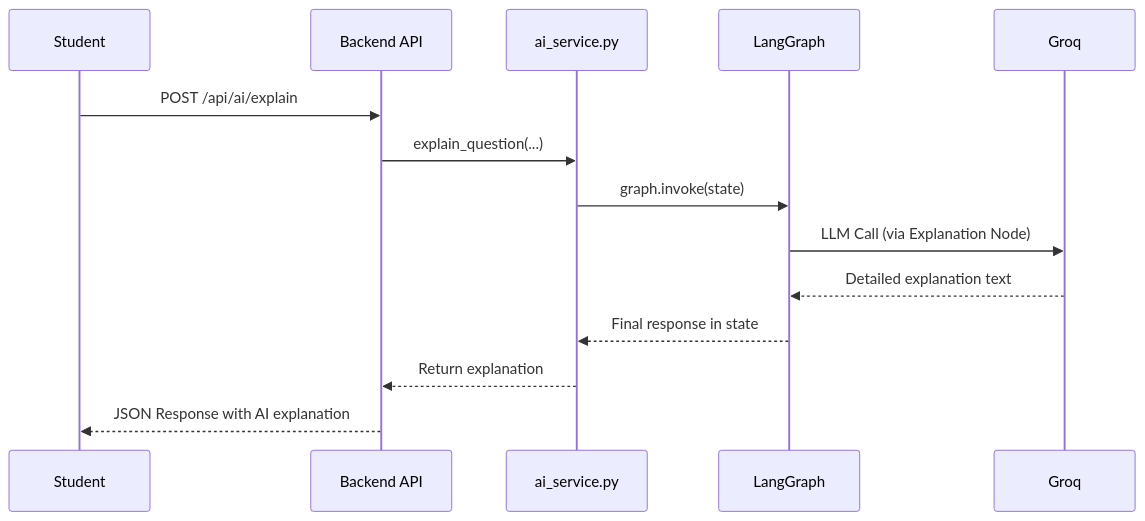
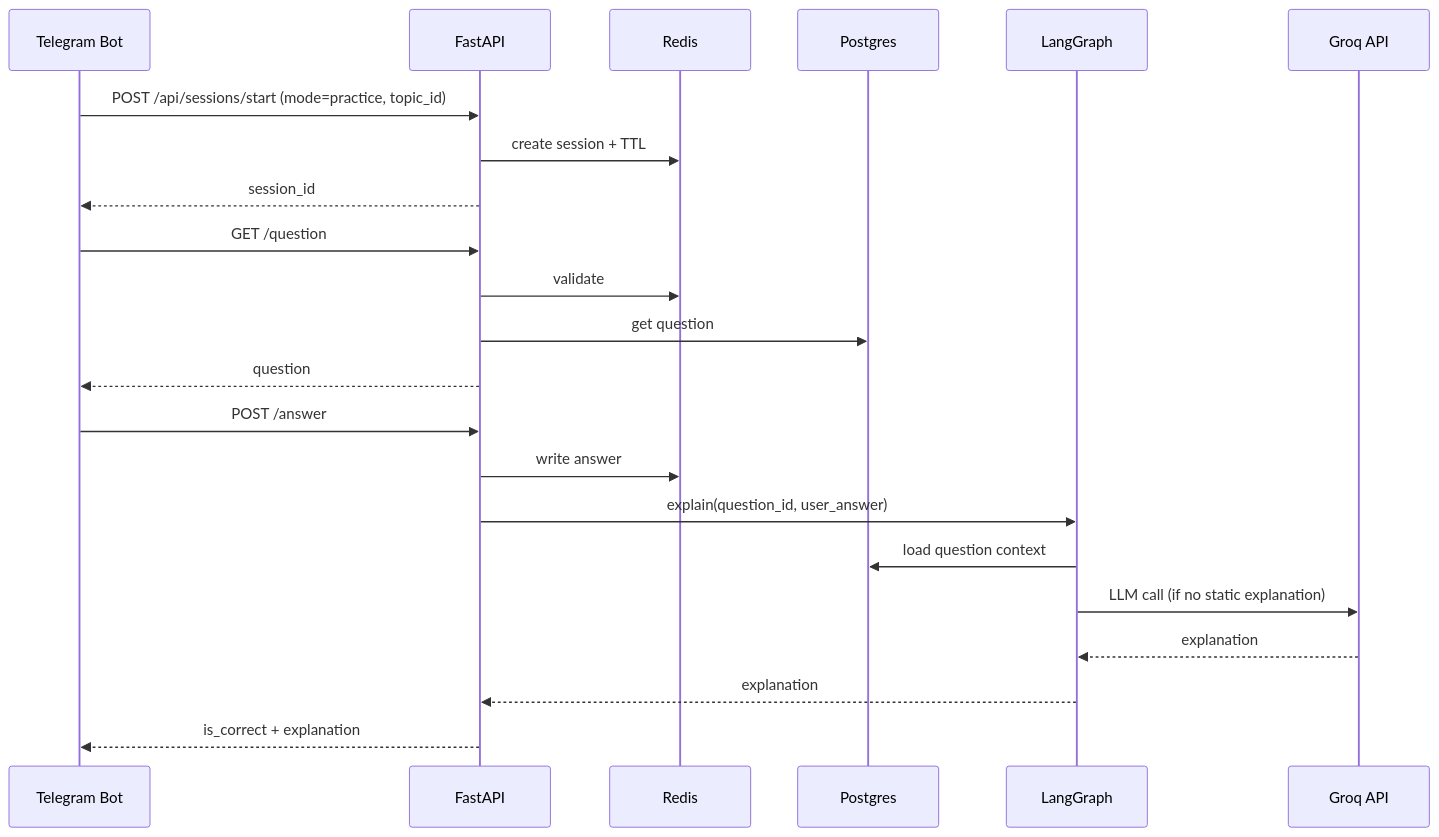
One commit to dagiteferi/TeleExam-AI changed the fifth of 6 diagrams in docs/architecture.md. Above: the diagram before and after it, drawn with Mermaid. The commit also changed other lines of this file and 9 other files, not shown here.

````diff
--- a/docs/architecture.md
+++ b/docs/architecture.md
@@ -173,17 +966,27 @@
 ```mermaid
 sequenceDiagram
-    participant Student
-    participant API as Backend API
-    participant AI as ai_service.py
-    participant LangGraph
-    participant Groq
+  participant Bot as Telegram Bot
+  participant API as FastAPI
+  participant R as Redis
+  participant PG as Postgres
+  participant AI as LangGraph
+  participant Groq as Groq API
 
-    Student->>API: POST /api/ai/explain
-    API->>AI: explain_question(...)
-    AI->>LangGraph: graph.invoke(state)
-    LangGraph->>Groq: LLM Call (via Explanation Node)
-    Groq-->>LangGraph: Detailed explanation text
-    LangGraph-->>AI: Final response in state
-    AI-->>API: Return explanation
-    API-->>Student: JSON Response with AI explanation
+  Bot->>API: POST /api/sessions/start (mode=practice, topic_id)
+  API->>R: create session + TTL
+  API-->>Bot: session_id
+
+  Bot->>API: GET /question
+  API->>R: validate
+  API->>PG: get question
+  API-->>Bot: question
+
+  Bot->>API: POST /answer
+  API->>R: write answer
+  API->>AI: explain(question_id, user_answer)
+  AI->>PG: load question context
+  AI->>Groq: LLM call (if no static explanation)
+  Groq-->>AI: explanation
+  AI-->>API: explanation
+  API-->>Bot: is_correct + explanation
 ```
````
